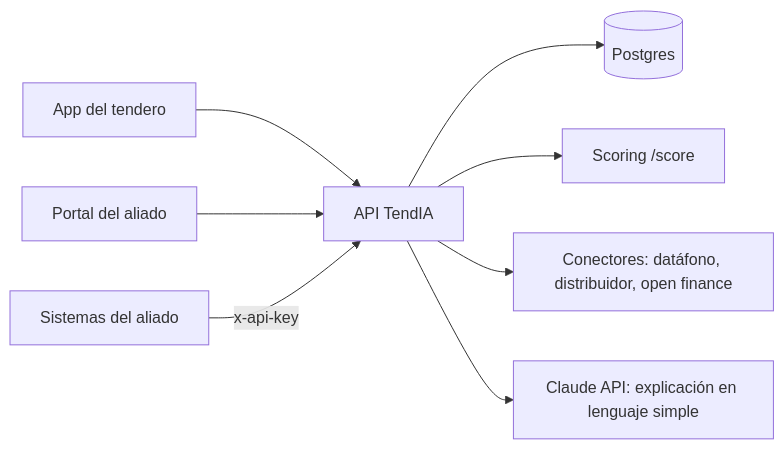
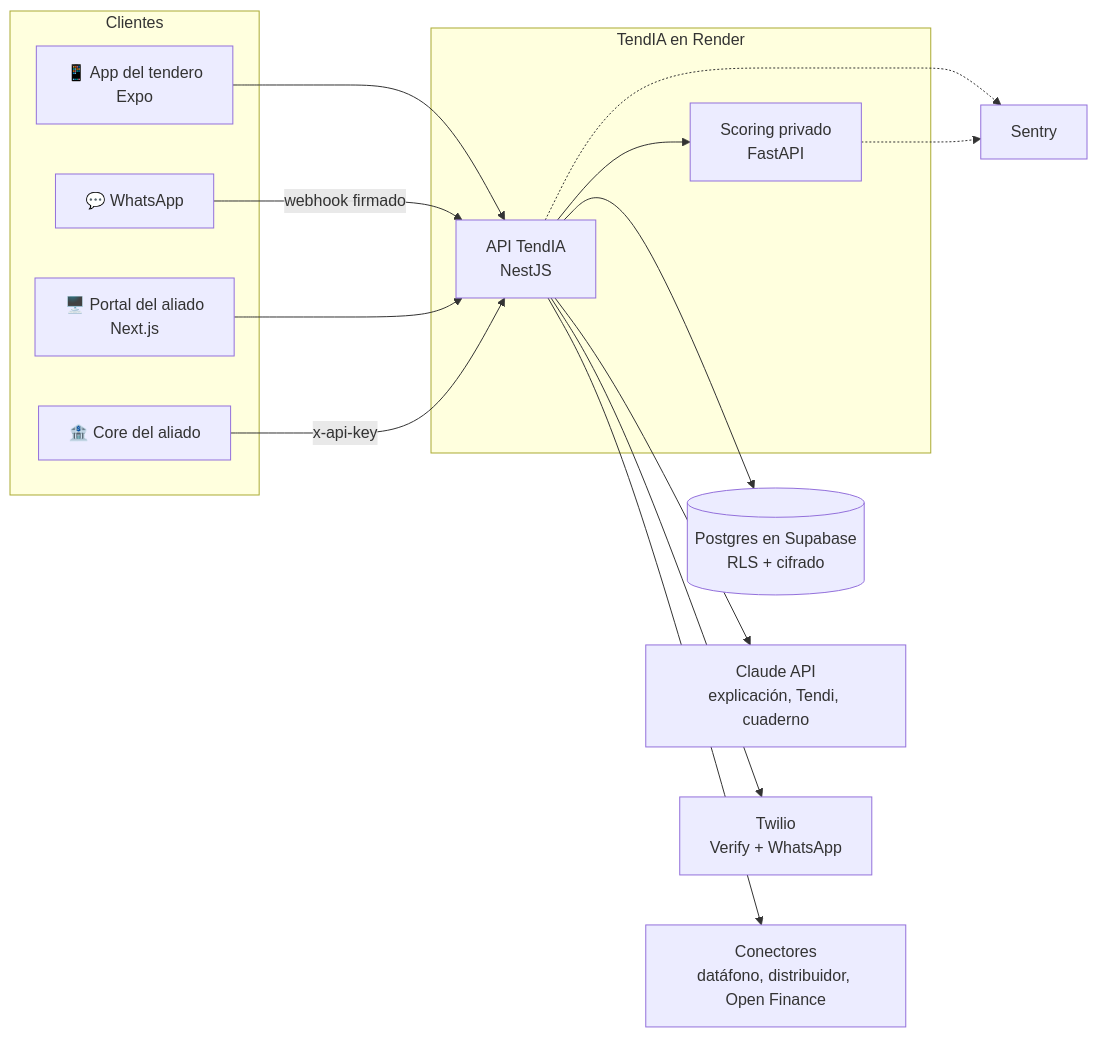
Before and after one commit to TendIA-IETI-Team/tendia: the first of 2 diagrams in README.md, drawn with Mermaid. The commit also changed other lines of this file and 176 other files, not shown here.

First line of the commit message:
feat: versión final del MVP: datos reales, IA, RLS, Twilio Verify, historias pendientes y README (#83)

````diff
--- a/README.md
+++ b/README.md
@@ -20,10 +158,25 @@
 ```mermaid
 flowchart LR
-  app[App del tendero] --> api[API TendIA]
-  portal[Portal del aliado] --> api
-  core[Sistemas del aliado] -- x-api-key --> api
-  api --> db[(Postgres)]
-  api --> scoring[Scoring /score]
-  api --> conectores[Conectores: datáfono, distribuidor, open finance]
-  api --> claude[Claude API: explicación en lenguaje simple]
+  subgraph Clientes
+    app[📱 App del tendero<br>Expo]
+    wa[💬 WhatsApp]
+    portal[🖥️ Portal del aliado<br>Next.js]
+    core[🏦 Core del aliado]
+  end
+  subgraph TendIA en Render
+    api[API TendIA<br>NestJS]
+    scoring[Scoring privado<br>FastAPI]
+  end
+  db[(Postgres en Supabase<br>RLS + cifrado)]
+  app --> api
+  wa -- webhook firmado --> api
+  portal --> api
+  core -- x-api-key --> api
+  api --> db
+  api --> scoring
+  api --> claude[Claude API<br>explicación, Tendi, cuaderno]
+  api --> twilio[Twilio<br>Verify + WhatsApp]
+  api --> conectores[Conectores<br>datáfono, distribuidor, Open Finance]
+  api -.-> sentry[Sentry]
+  scoring -.-> sentry
 ```
````
